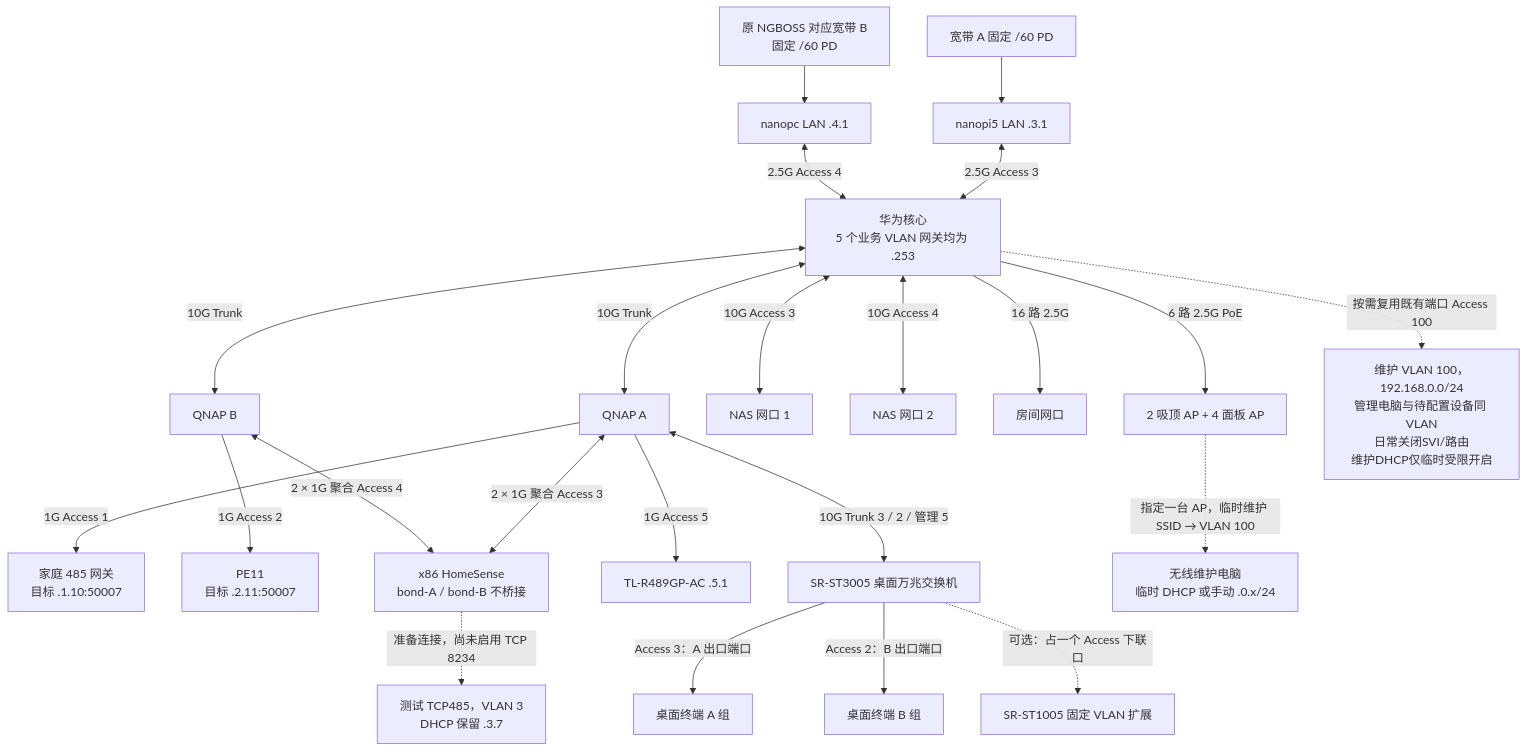
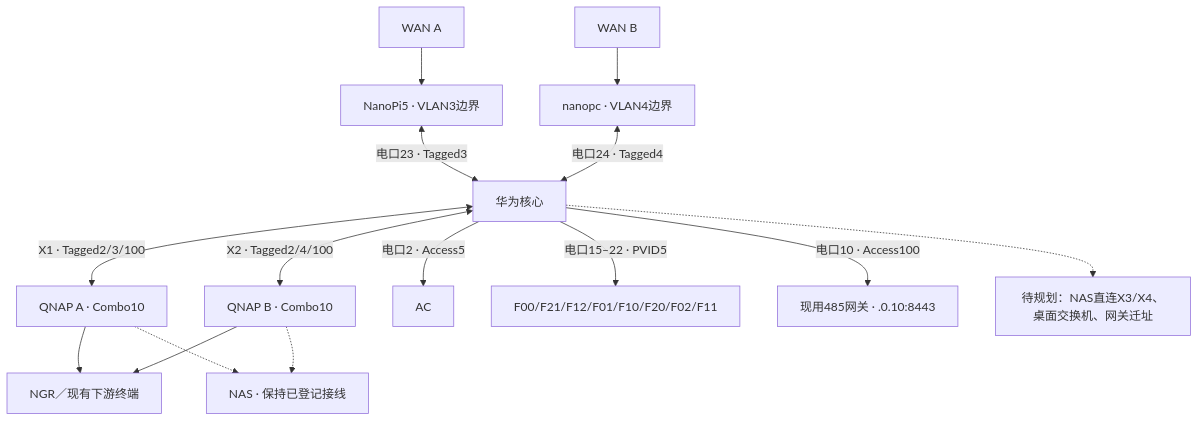
One commit to charwliu/homesense changed the diagram in docs/network-architecture.md. Above: the diagram before and after it, drawn with Mermaid. The commit also changed other lines of this file and 7 other files, not shown here.

````diff
--- a/docs/network-architecture.md
+++ b/docs/network-architecture.md
@@ -30,25 +42,17 @@
 ```mermaid
 flowchart TB
-    WA["宽带 A 固定 /60 PD"] --> RA["nanopi5 LAN .3.1"]
-    WB["原 NGBOSS 对应宽带 B<br/>固定 /60 PD"] --> RB["nanopc LAN .4.1"]
-    RA <-->|"2.5G Access 3"| C["华为核心<br/>5 个业务 VLAN 网关均为 .253"]
-    RB <-->|"2.5G Access 4"| C
-    C <-->|"10G Trunk"| QA["QNAP A"]
-    C <-->|"10G Trunk"| QB["QNAP B"]
-    QA -->|"1G Access 1"| G1["家庭 485 网关<br/>目标 .1.10:50007"]
-    QB -->|"1G Access 2"| G2["PE11<br/>目标 .2.11:50007"]
-    C <-->|"10G Access 3"| N1["NAS 网口 1"]
-    C <-->|"10G Access 4"| N2["NAS 网口 2"]
-    C -->|"16 路 2.5G"| R["房间网口"]
-    C -->|"6 路 2.5G PoE"| AP["2 吸顶 AP + 4 面板 AP"]
-    QA <-->|"2 × 1G 聚合 Access 3"| X["x86 HomeSense<br/>bond-A / bond-B 不桥接"]
-    QB <-->|"2 × 1G 聚合 Access 4"| X
-    X -.->|"准备连接，尚未启用 TCP 8234"| T["测试 TCP485，VLAN 3<br/>DHCP 保留 .3.7"]
-    QA -->|"1G Access 5"| AC["TL-R489GP-AC .5.1"]
-    QA <-->|"10G Trunk 3 / 2 / 管理 5"| D["SR-ST3005 桌面万兆交换机"]
-    D -->|"Access 3：A 出口端口"| DA["桌面终端 A 组"]
-    D -->|"Access 2：B 出口端口"| DB["桌面终端 B 组"]
-    D -.->|"可选：占一个 Access 下联口"| S["SR-ST1005 固定 VLAN 扩展"]
-    C -.->|"按需复用既有端口 Access 100"| M["维护 VLAN 100，192.168.0.0/24<br/>管理电脑与待配置设备同 VLAN<br/>日常关闭SVI/路由<br/>维护DHCP仅临时受限开启"]
-    AP -.->|"指定一台 AP，临时维护 SSID → VLAN 100"| MW["无线维护电脑<br/>临时 DHCP 或手动 .0.x/24"]
+    A["WAN A"] --> NA["NanoPi5 · VLAN3边界"]
+    B["WAN B"] --> NB["nanopc · VLAN4边界"]
+    NA <-->|"电口23 · Tagged3"| C["华为核心"]
+    NB <-->|"电口24 · Tagged4"| C
+    C <-->|"X1 · Tagged2/3/100"| QA["QNAP A · Combo10"]
+    C <-->|"X2 · Tagged2/4/100"| QB["QNAP B · Combo10"]
+    QA --> S["NGR／现有下游终端"]
+    QB --> S
+    C -->|"电口2 · Access5"| AC["AC"]
+    C -->|"电口15–22 · PVID5"| AP["F00/F21/F12/F01/F10/F20/F02/F11"]
+    C -->|"电口10 · Access100"| G["现用485网关 · .0.10:8443"]
+    QA -.-> NAS["NAS · 保持已登记接线"]
+    QB -.-> NAS
+    C -.-> FUTURE["待规划：NAS直连X3/X4、桌面交换机、网关迁址"]
 ```
````
